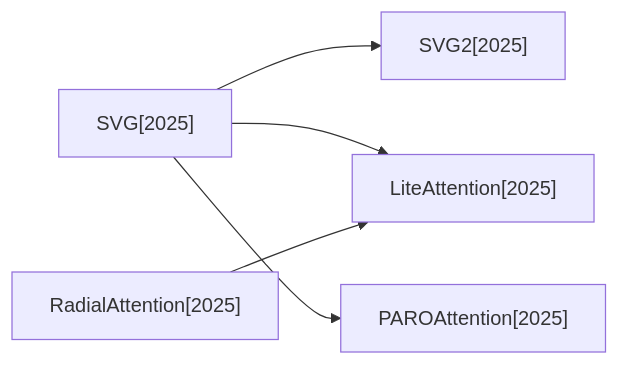
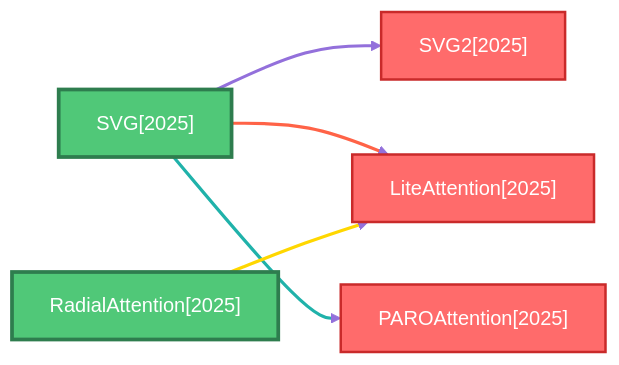
The second of 5 diagrams in docs/baseline_methods_graph.md (hustzxd/EfficientPaper), drawn with Mermaid before and after one commit. The commit also changed other lines of this file and 23 other files, not shown here.

````diff
--- a/docs/baseline_methods_graph.md
+++ b/docs/baseline_methods_graph.md
@@ -29,12 +57,27 @@
 ```mermaid
 flowchart LR
+    classDef defaultNode fill:#4A90E2,stroke:#2E5C8A,stroke-width:2px,color:#fff
+    classDef rootNode fill:#50C878,stroke:#2E7D4E,stroke-width:3px,color:#fff
+    classDef leafNode fill:#FF6B6B,stroke:#C92A2A,stroke-width:2px,color:#fff
+    linkStyle default stroke:#9370DB,stroke-width:2px
+
     2025_SVG["SVG[2025]"]
+    class 2025_SVG rootNode
     2025_RadialAttention["RadialAttention[2025]"]
+    class 2025_RadialAttention rootNode
     2025_LiteAttention["LiteAttention[2025]"]
+    class 2025_LiteAttention leafNode
     2025_PAROAttention["PAROAttention[2025]"]
+    class 2025_PAROAttention leafNode
     2025_SVG2["SVG2[2025]"]
-    2025_SVG --> 2025_SVG2
-    2025_SVG --> 2025_LiteAttention
-    2025_SVG --> 2025_PAROAttention
-    2025_RadialAttention --> 2025_LiteAttention
+    class 2025_SVG2 leafNode
+
+    2025_SVG ==>|" "| 2025_SVG2
+    linkStyle 0 stroke:#9370DB,stroke-width:2.5px
+    2025_SVG ==>|" "| 2025_LiteAttention
+    linkStyle 1 stroke:#FF6347,stroke-width:2.5px
+    2025_SVG ==>|" "| 2025_PAROAttention
+    linkStyle 2 stroke:#20B2AA,stroke-width:2.5px
+    2025_RadialAttention ==>|" "| 2025_LiteAttention
+    linkStyle 3 stroke:#FFD700,stroke-width:2.5px
 ```
````
